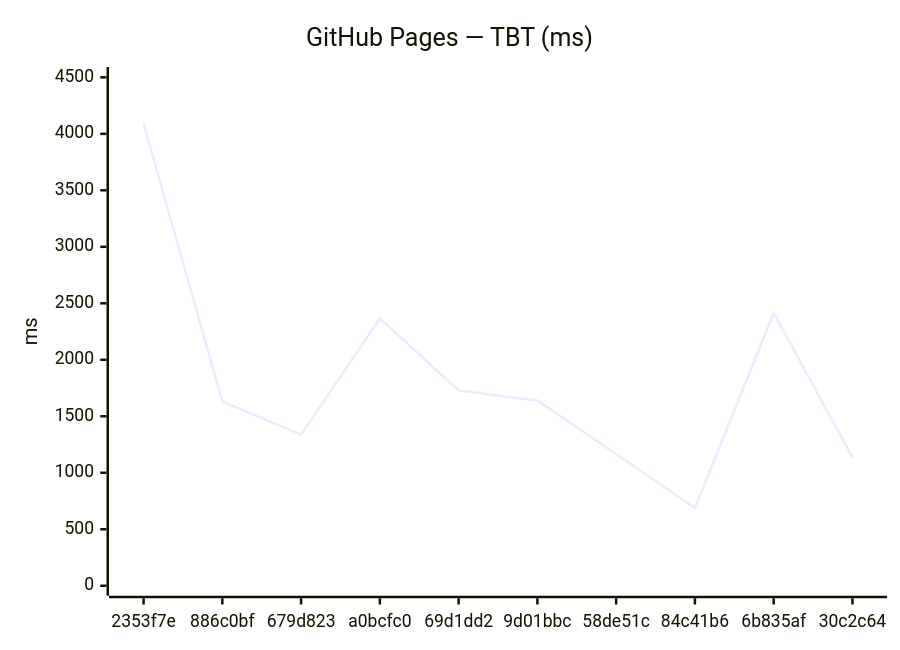
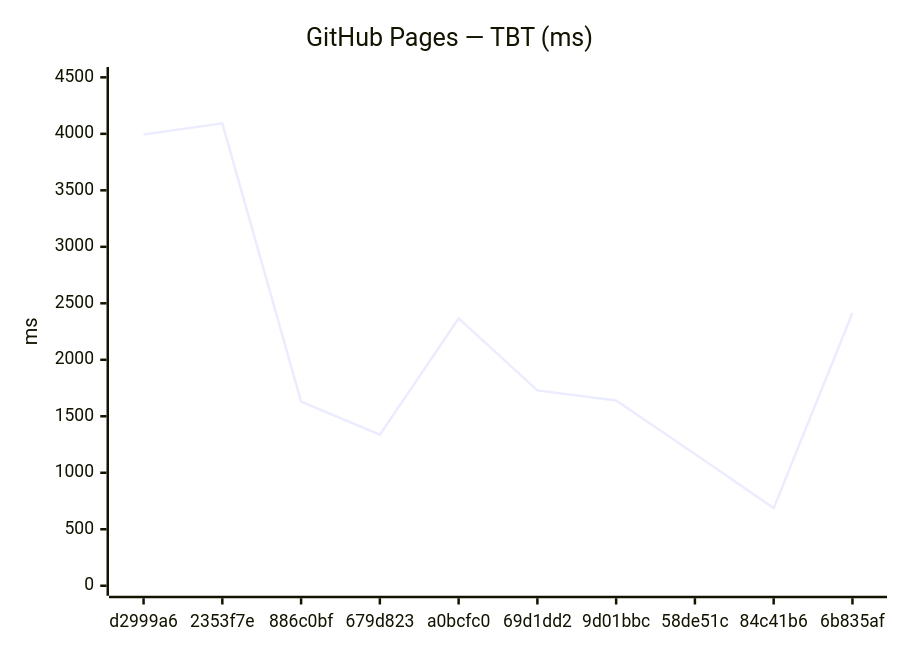
The fourth of 12 diagrams in benchmarks/compare.md (Metaheurist/Rianell), drawn with Mermaid before and after one commit. The commit also changed other lines of this file and 8 other files, not shown here.

````diff
--- a/benchmarks/compare.md
+++ b/benchmarks/compare.md
@@ -61,7 +61,7 @@
 ```mermaid
 xychart-beta
     title "GitHub Pages — TBT (ms)"
-    x-axis ["2353f7e", "886c0bf", "679d823", "a0bcfc0", "69d1dd2", "9d01bbc", "58de51c", "84c41b6", "6b835af", "30c2c64"]
+    x-axis ["d2999a6", "2353f7e", "886c0bf", "679d823", "a0bcfc0", "69d1dd2", "9d01bbc", "58de51c", "84c41b6", "6b835af"]
     y-axis "ms" 0 --> 4503
-    line [4093, 1630, 1338, 2366, 1729, 1639, 1166, 687, 2414, 1137]
+    line [3994, 4093, 1630, 1338, 2366, 1729, 1639, 1166, 687, 2414]
 ```
````
